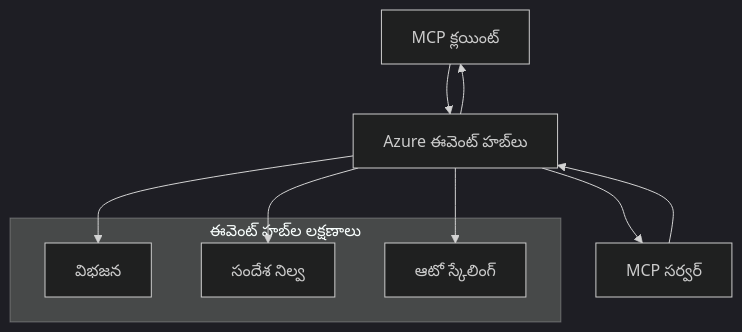
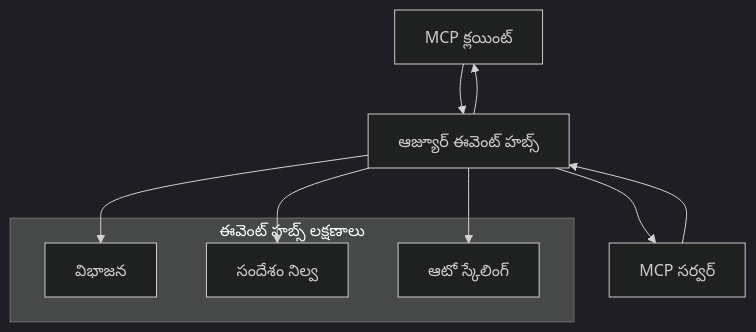
Before and after one commit to HIDORAKAI002/ai-workspace-archive: the second of 2 diagrams in mcp_ecosystem__model_context_protocol/mcp_learning_resources/mcp-for-beginners/translations/te/05-AdvancedTopics/mcp-transport/README.md, drawn with Mermaid (dark theme). The commit also changed other lines of this file and 1539 other files, not shown here.

````diff
--- a/mcp_ecosystem__model_context_protocol/mcp_learning_resources/mcp-for-beginners/translations/te/05-AdvancedTopics/mcp-transport/README.md
+++ b/mcp_ecosystem__model_context_protocol/mcp_learning_resources/mcp-for-beginners/translations/te/05-AdvancedTopics/mcp-transport/README.md
@@ -269,17 +270,17 @@
 ```mermaid
 graph TB
-    Client[MCP క్లయింట్] --> EH[Azure ఈవెంట్ హబ్‌లు]
+    Client[MCP క్లయింట్] --> EH[ఆజ్యూర్ ఈవెంట్ హబ్స్]
     EH --> Server[MCP సర్వర్]
     Server --> EH
     EH --> Client
     
-    subgraph "ఈవెంట్ హబ్‌ల లక్షణాలు"
-        Partition[విభజన]
-        Retention[సందేశ నిల్వ]
+    subgraph "ఈవెంట్ హబ్స్ లక్షణాలు"
+        Partition[విభాజన]
+        Retention[సందేశం నిల్వ]
         Scaling[ఆటో స్కేలింగ్]
     end
     
     EH --> Partition
     EH --> Retention
     EH --> Scaling
 ```
````
